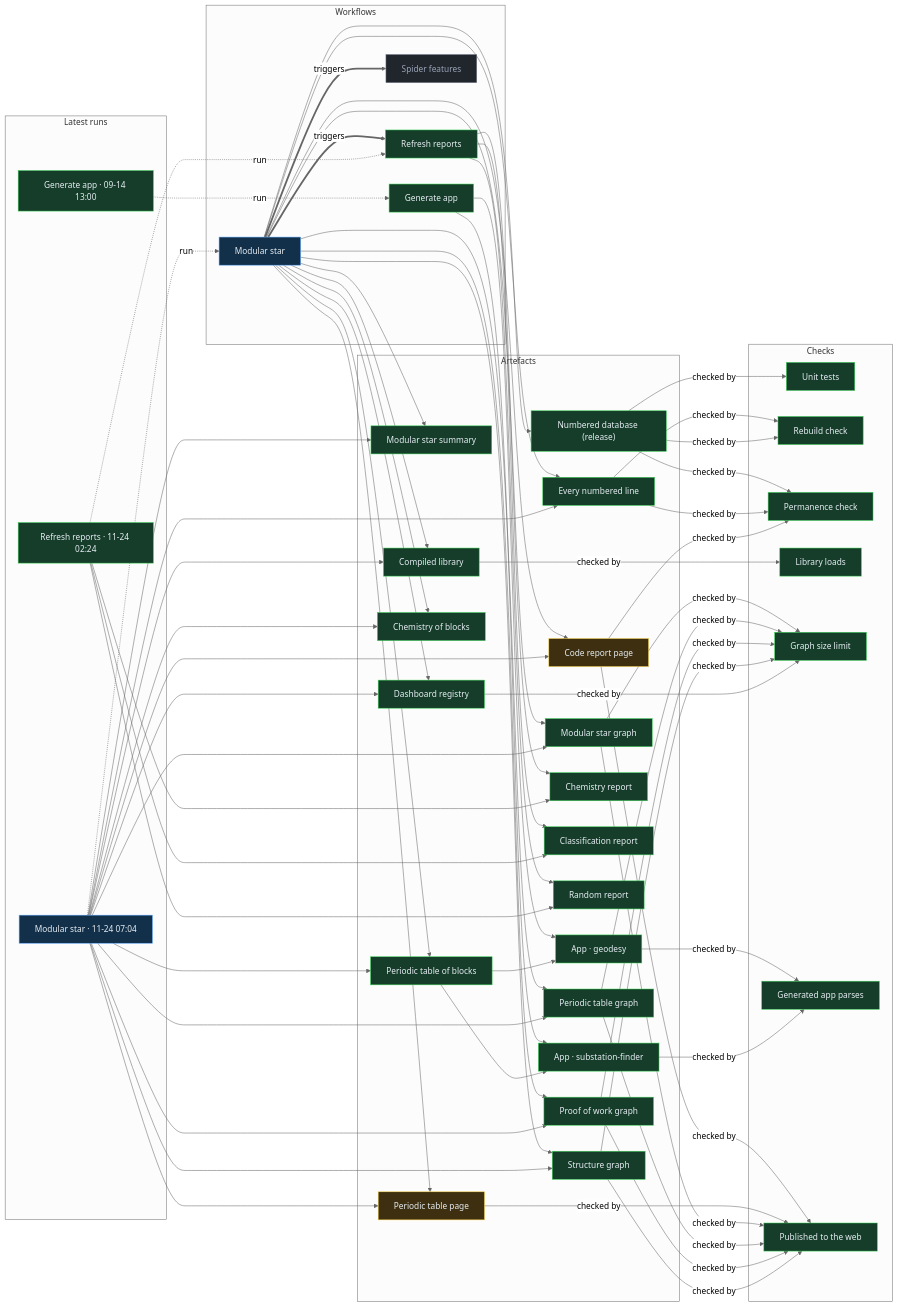
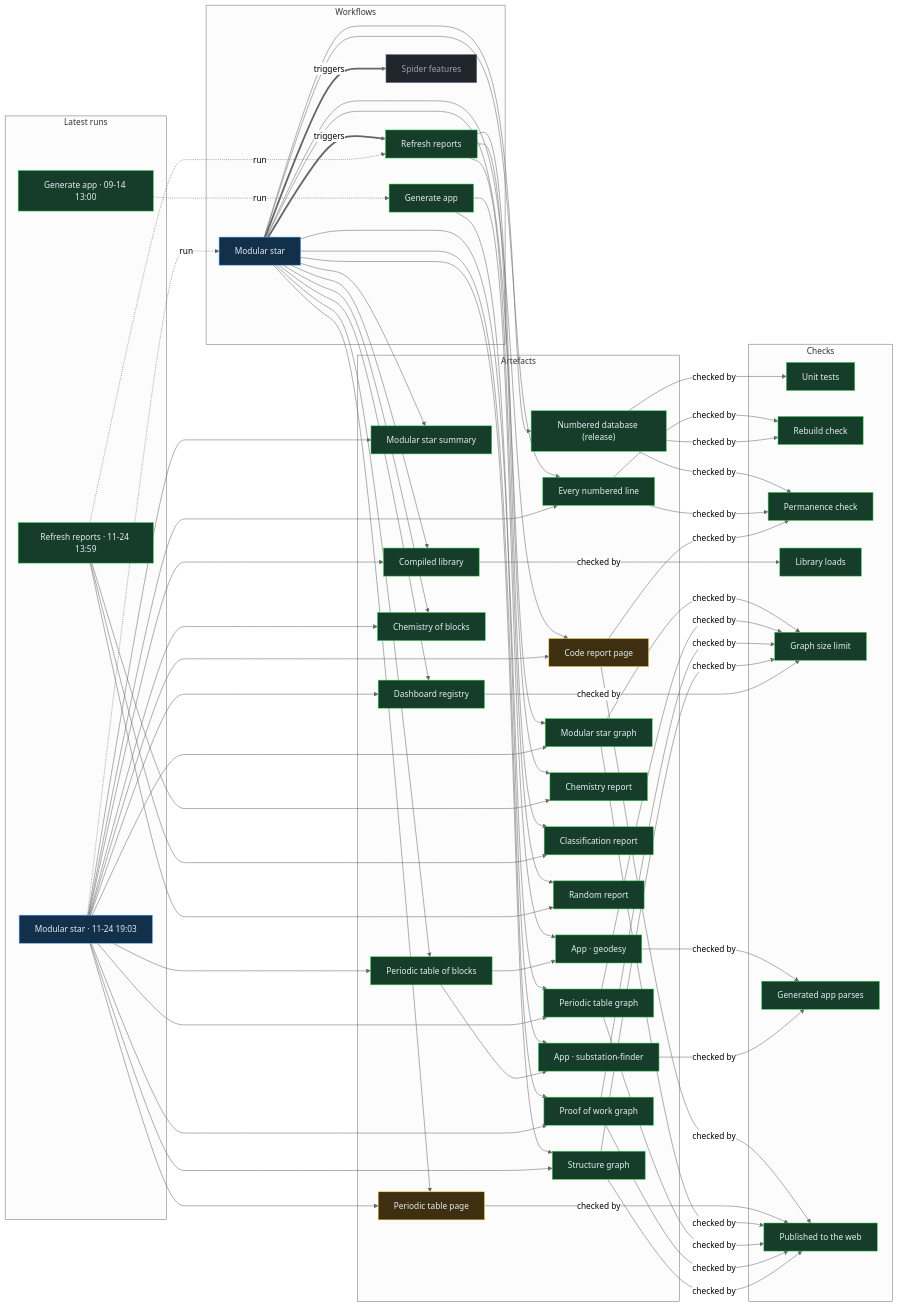
One commit to Ventusltd/stars changed the diagram in proof/PROOF.md. Above: the diagram before and after it, drawn with Mermaid (neutral theme). The commit also changed other lines of this file and 172 other files, not shown here.

Commit message:
Modular star 2026-11-24T19:06Z

```diff
--- a/proof/PROOF.md
+++ b/proof/PROOF.md
@@ -24,8 +24,8 @@
   n_wf_spider_features["Spider features"]:::off
   end
   subgraph g_runs["Latest runs"]
-  n_run_45345161452["Modular star · 11-24 07:04"]:::live
-  n_run_45312154422["Refresh reports · 11-24 02:24"]:::ok
+  n_run_45466142820["Modular star · 11-24 19:03"]:::live
+  n_run_45409191700["Refresh reports · 11-24 13:59"]:::ok
   n_run_34846587798["Generate app · 09-14 13:00"]:::ok
   end
   subgraph g_artefacts["Artefacts"]
@@ -59,39 +59,39 @@
   end
   n_wf_modular_star == triggers ==> n_wf_refresh
   n_wf_modular_star == triggers ==> n_wf_spider_features
-  n_run_45345161452 -. run .-> n_wf_modular_star
-  n_run_45312154422 -. run .-> n_wf_refresh
+  n_run_45466142820 -. run .-> n_wf_modular_star
+  n_run_45409191700 -. run .-> n_wf_refresh
   n_run_34846587798 -. run .-> n_wf_generate
   n_wf_modular_star --> n_art_summary
-  n_run_45345161452 --> n_art_summary
+  n_run_45466142820 --> n_art_summary
   n_wf_modular_star --> n_art_lines
-  n_run_45345161452 --> n_art_lines
+  n_run_45466142820 --> n_art_lines
   n_wf_modular_star --> n_art_code
-  n_run_45345161452 --> n_art_code
+  n_run_45466142820 --> n_art_code
   n_wf_modular_star --> n_art_modular_graph
-  n_run_45345161452 --> n_art_modular_graph
+  n_run_45466142820 --> n_art_modular_graph
   n_wf_modular_star --> n_art_blocks
-  n_run_45345161452 --> n_art_blocks
+  n_run_45466142820 --> n_art_blocks
   n_wf_modular_star --> n_art_table
-  n_run_45345161452 --> n_art_table
+  n_run_45466142820 --> n_art_table
   n_wf_modular_star --> n_art_blocks_graph
-  n_run_45345161452 --> n_art_blocks_graph
+  n_run_45466142820 --> n_art_blocks_graph
   n_wf_modular_star --> n_art_reactions
-  n_run_45345161452 --> n_art_reactions
+  n_run_45466142820 --> n_art_reactions
   n_wf_modular_star --> n_art_library
-  n_run_45345161452 --> n_art_library
+  n_run_45466142820 --> n_art_library
   n_wf_modular_star --> n_art_features
-  n_run_45345161452 --> n_art_features
+  n_run_45466142820 --> n_art_features
   n_wf_modular_star --> n_art_proof
-  n_run_45345161452 --> n_art_proof
+  n_run_45466142820 --> n_art_proof
   n_wf_modular_star --> n_art_structure
-  n_run_45345161452 --> n_art_structure
+  n_run_45466142820 --> n_art_structure
   n_wf_refresh --> n_art_chemistry
-  n_run_45312154422 --> n_art_chemistry
+  n_run_45409191700 --> n_art_chemistry
   n_wf_refresh --> n_art_vedic
-  n_run_45312154422 --> n_art_vedic
+  n_run_45409191700 --> n_art_vedic
   n_wf_refresh --> n_art_random
-  n_run_45312154422 --> n_art_random
+  n_run_45409191700 --> n_art_random
   n_wf_modular_star --> n_art_release
   n_wf_generate --> n_app_geodesy
   n_art_blocks --> n_app_geodesy
```
